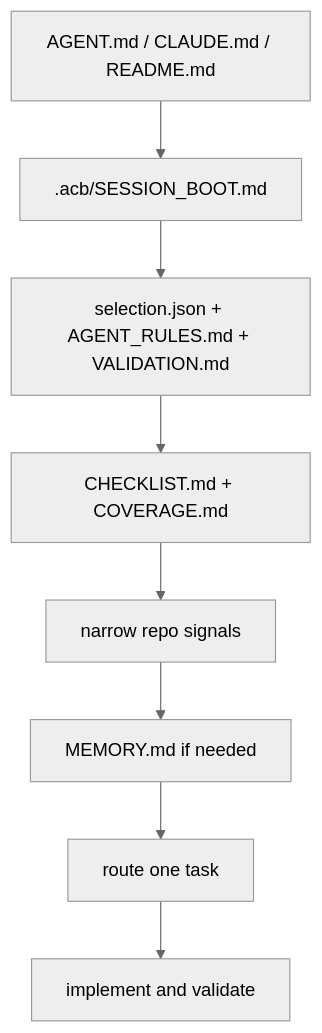
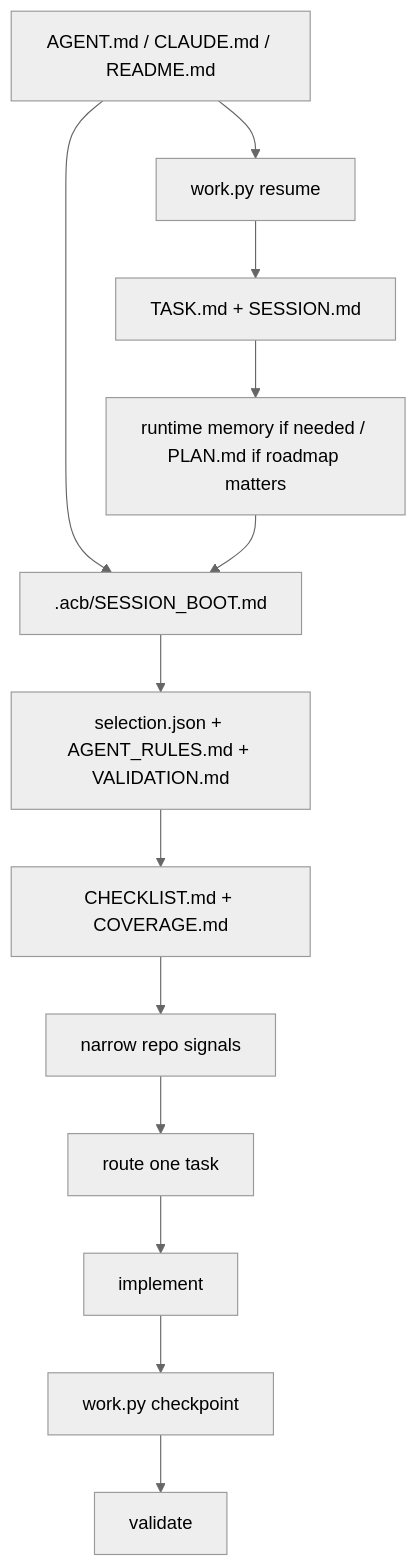
Before and after one commit to someflydev/agent-context-base: the diagram in docs/context-boot-sequence.md, drawn with Mermaid (neutral theme). The commit also changed other lines of this file and 9 other files, not shown here.

````diff
--- a/docs/context-boot-sequence.md
+++ b/docs/context-boot-sequence.md
@@ -24,10 +28,15 @@
 ```mermaid
 flowchart TD
     A[AGENT.md / CLAUDE.md / README.md] --> B[.acb/SESSION_BOOT.md]
+    A --> R[work.py resume]
+    R --> S[TASK.md + SESSION.md]
+    S --> T[runtime memory if needed / PLAN.md if roadmap matters]
+    T --> B[.acb/SESSION_BOOT.md]
     B --> C[selection.json + AGENT_RULES.md + VALIDATION.md]
     C --> D[CHECKLIST.md + COVERAGE.md]
     D --> E[narrow repo signals]
-    E --> F[MEMORY.md if needed]
-    F --> G[route one task]
-    G --> H[implement and validate]
+    E --> G[route one task]
+    G --> H[implement]
+    H --> I[work.py checkpoint]
+    I --> J[validate]
 ```
````
